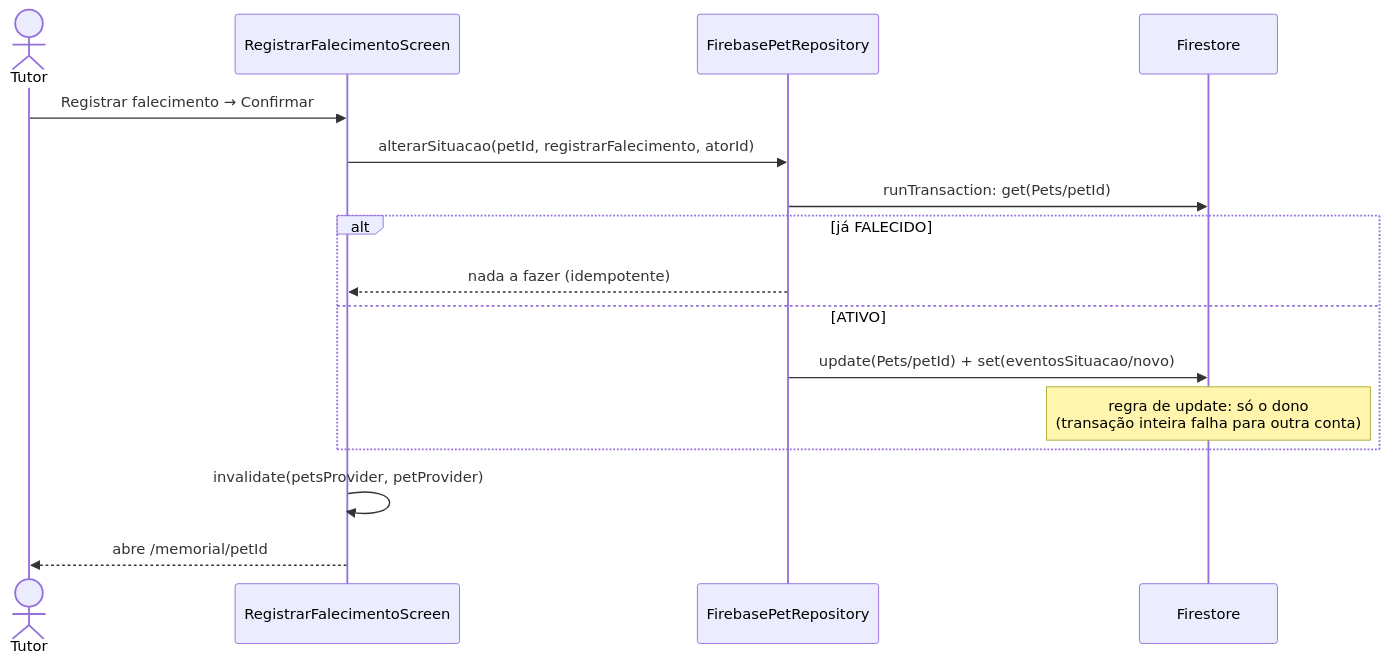
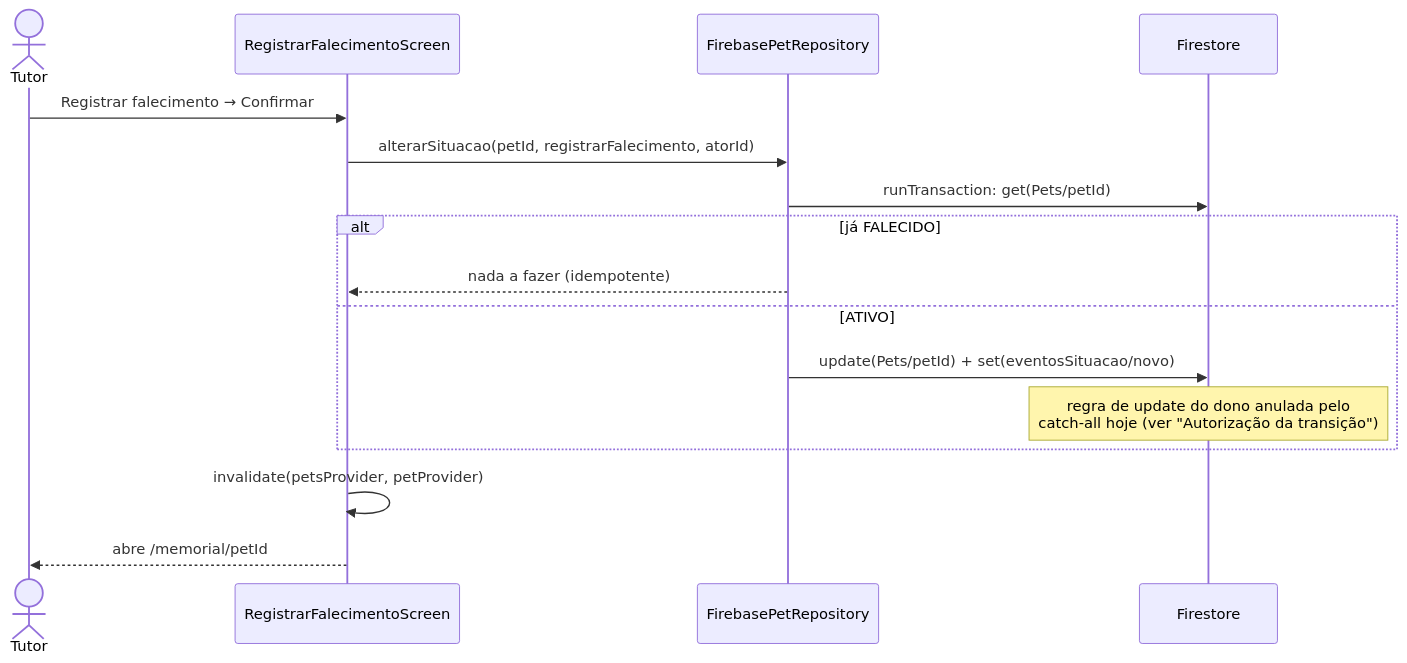
Before and after one commit to TecnoDreamer/PetConnect: the second of 2 diagrams in docs/features/memorial-pet.md, drawn with Mermaid. The commit also changed other lines of this file and 2 other files, not shown here.

First line of the commit message:
docs(seguranca): corrige afirmação de que as regras de dono estão em vigor

````diff
--- a/docs/features/memorial-pet.md
+++ b/docs/features/memorial-pet.md
@@ -75,18 +75,18 @@
 ```mermaid
 sequenceDiagram
     actor Tutor
     participant UI as RegistrarFalecimentoScreen
     participant Repo as FirebasePetRepository
     participant FS as Firestore
     Tutor->>UI: Registrar falecimento → Confirmar
     UI->>Repo: alterarSituacao(petId, registrarFalecimento, atorId)
     Repo->>FS: runTransaction: get(Pets/petId)
     alt já FALECIDO
         Repo-->>UI: nada a fazer (idempotente)
     else ATIVO
         Repo->>FS: update(Pets/petId) + set(eventosSituacao/novo)
-        Note over FS: regra de update: só o dono<br/>(transação inteira falha para outra conta)
+        Note over FS: regra de update do dono anulada pelo<br/>catch-all hoje (ver "Autorização da transição")
     end
     UI->>UI: invalidate(petsProvider, petProvider)
     UI-->>Tutor: abre /memorial/petId
 ```
````
